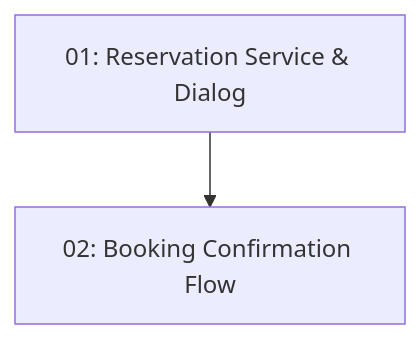
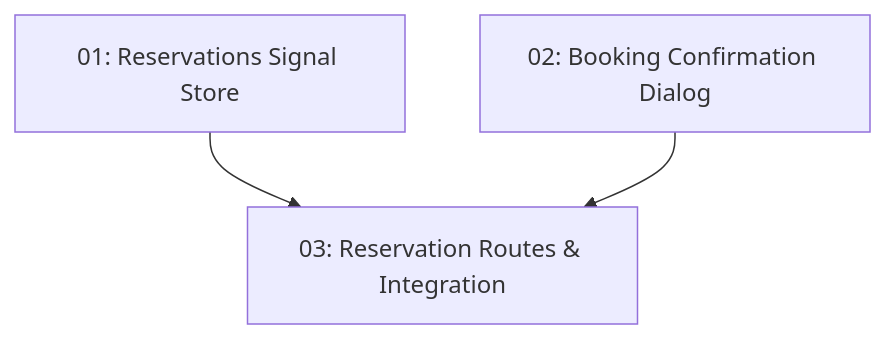
Before and after one commit to limitzero/tablenow: the diagram in .docs/features/story-015-reservation-creation-frontend/README.md, drawn with Mermaid. The commit also changed other lines of this file and 184 other files, not shown here.

````diff
--- a/.docs/features/story-015-reservation-creation-frontend/README.md
+++ b/.docs/features/story-015-reservation-creation-frontend/README.md
@@ -14,6 +15,8 @@
 ```mermaid
 graph TD
-    task-01["01: Reservation Service & Dialog"]
-    task-02["02: Booking Confirmation Flow"]
-    task-01 --> task-02
+    task-01-reservations-store["01: Reservations Signal Store"]
+    task-02-booking-confirmation-dialog["02: Booking Confirmation Dialog"]
+    task-03-reservation-routes["03: Reservation Routes & Integration"]
+    task-01-reservations-store --> task-03-reservation-routes
+    task-02-booking-confirmation-dialog --> task-03-reservation-routes
 ```
````
